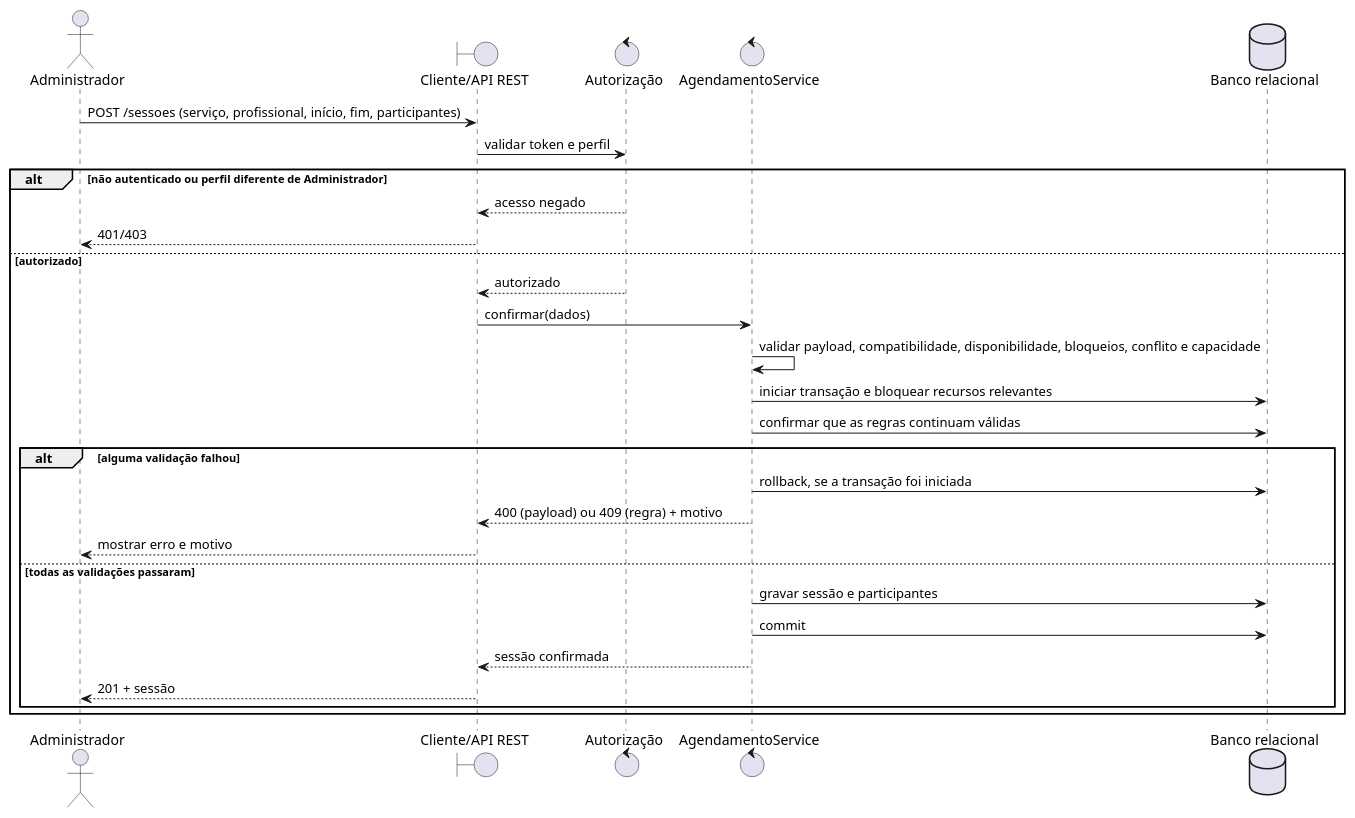
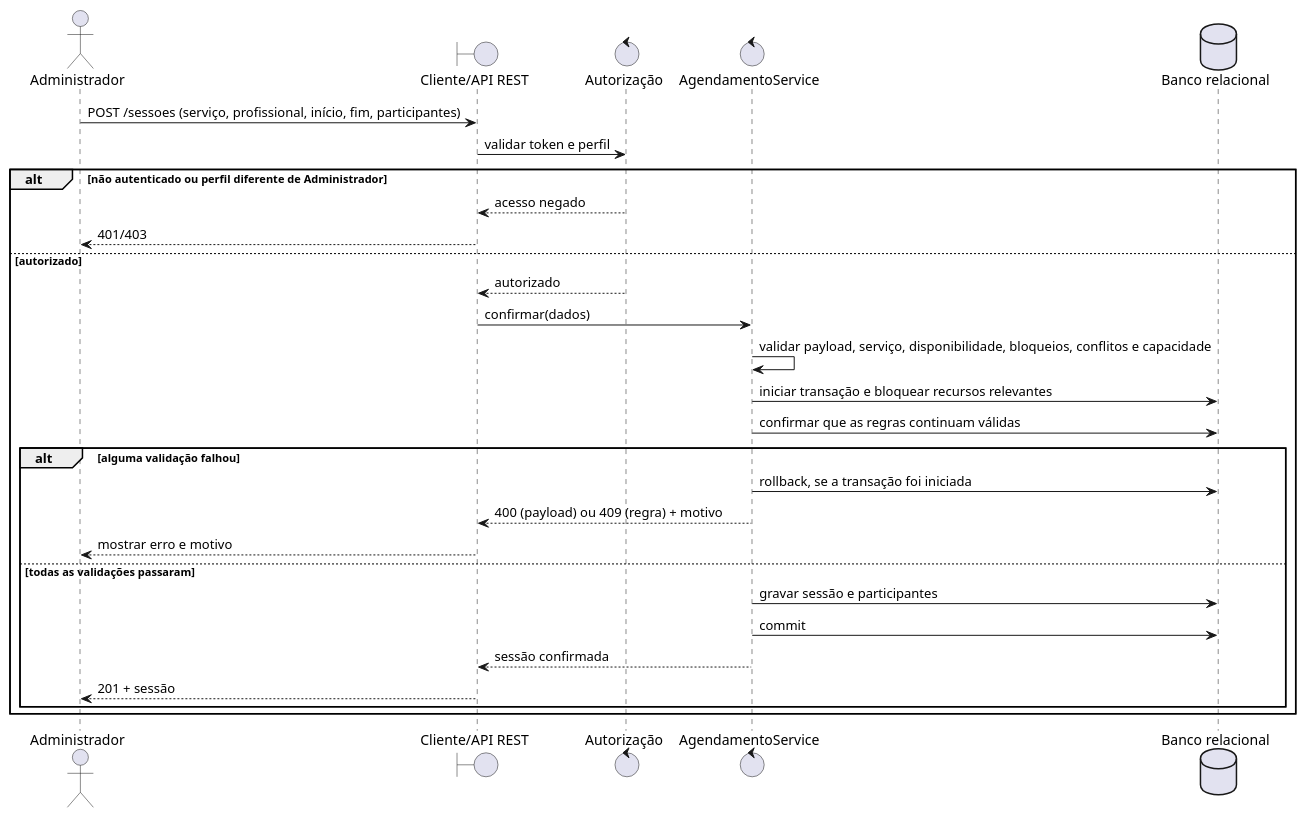
One commit to Projetos-de-Extensao/PECDII_26.2_8001_I changed the first of 2 diagrams in docs/Elaboracao/diagrama_de_sequencia.md. Above: the diagram before and after it, drawn with PlantUML. The commit also changed other lines of this file and 22 other files, not shown here.

````diff
--- a/docs/Elaboracao/diagrama_de_sequencia.md
+++ b/docs/Elaboracao/diagrama_de_sequencia.md
@@ -13,32 +13,32 @@
 ```plantuml
 @startuml confirmar_agendamento
 actor Administrador
 boundary "Cliente/API REST" as API
 control "Autorização" as Auth
 control "AgendamentoService" as Agendamento
 database "Banco relacional" as DB
 
 Administrador -> API: POST /sessoes (serviço, profissional, início, fim, participantes)
 API -> Auth: validar token e perfil
 alt não autenticado ou perfil diferente de Administrador
   Auth --> API: acesso negado
   API --> Administrador: 401/403
 else autorizado
   Auth --> API: autorizado
   API -> Agendamento: confirmar(dados)
-  Agendamento -> Agendamento: validar payload, compatibilidade, disponibilidade, bloqueios, conflito e capacidade
+  Agendamento -> Agendamento: validar payload, serviço, disponibilidade, bloqueios, conflitos e capacidade
   Agendamento -> DB: iniciar transação e bloquear recursos relevantes
   Agendamento -> DB: confirmar que as regras continuam válidas
   alt alguma validação falhou
     Agendamento -> DB: rollback, se a transação foi iniciada
     Agendamento --> API: 400 (payload) ou 409 (regra) + motivo
     API --> Administrador: mostrar erro e motivo
   else todas as validações passaram
     Agendamento -> DB: gravar sessão e participantes
     Agendamento -> DB: commit
     Agendamento --> API: sessão confirmada
     API --> Administrador: 201 + sessão
   end
 end
 @enduml
 ```
````
